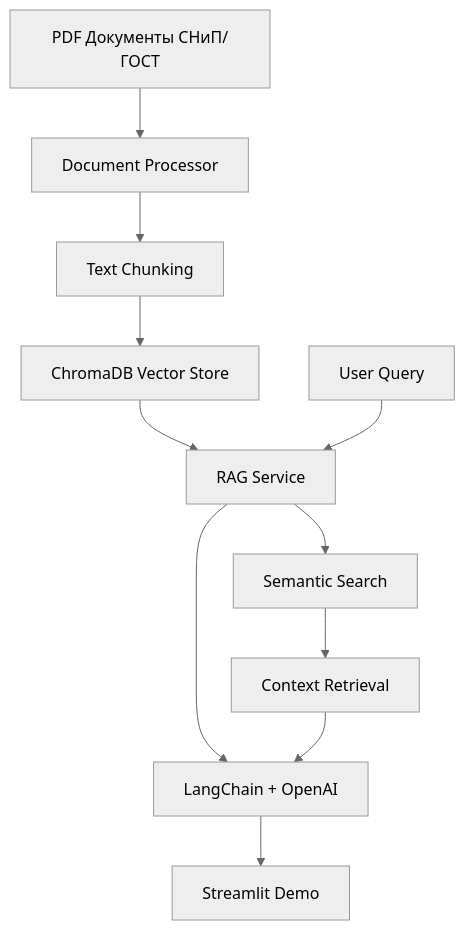
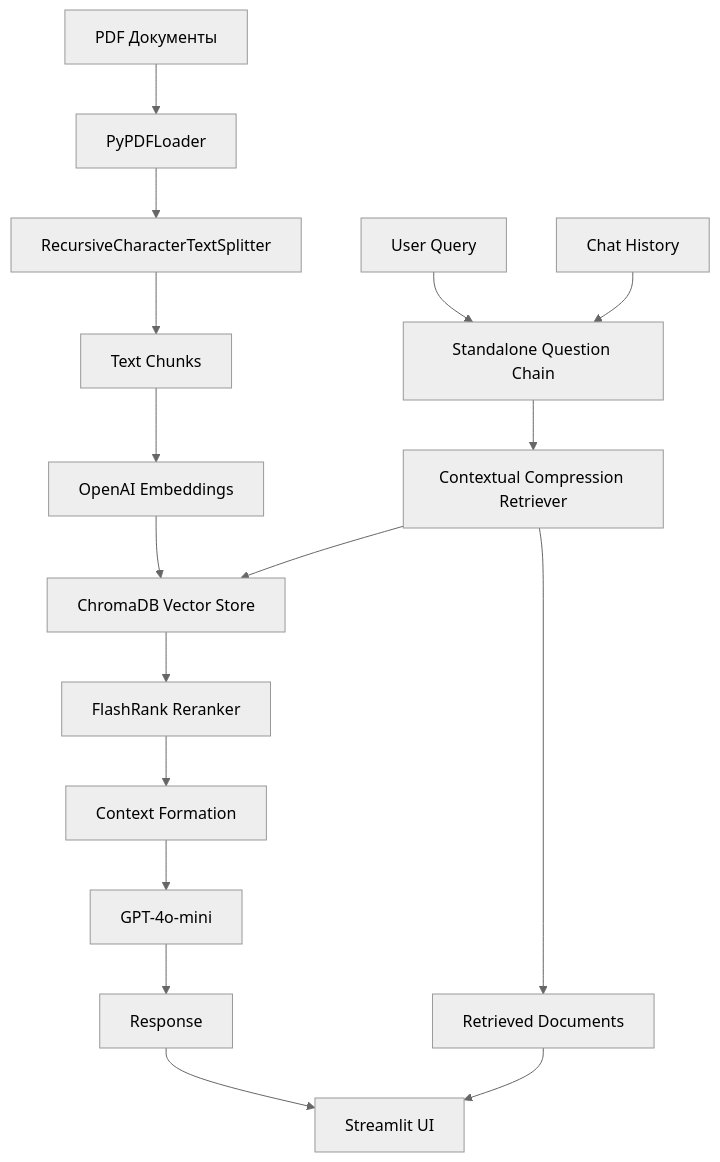
The diagram in README.md (spqr-86/safety-incident-analyzer), drawn with Mermaid (neutral theme) before and after one commit. The commit also changed other lines of this file, not shown here.

````diff
--- a/README.md
+++ b/README.md
@@ -57,14 +74,21 @@
 ```mermaid
 graph TB
-    A[PDF Документы СНиП/ГОСТ] --> B[Document Processor]
-    B --> C[Text Chunking]
-    C --> D[ChromaDB Vector Store]
-    D --> E[RAG Service]
-    E --> F[LangChain + OpenAI]
-    F --> G[Streamlit Demo]
+    A[PDF Документы] --> B[PyPDFLoader]
+    B --> C[RecursiveCharacterTextSplitter]
+    C --> D[Text Chunks]
+    D --> E[OpenAI Embeddings]
+    E --> F[ChromaDB Vector Store]
     
-    H[User Query] --> E
-    E --> I[Semantic Search]
-    I --> J[Context Retrieval]
-    J --> F
+    G[User Query] --> H[Standalone Question Chain]
+    H --> I[Contextual Compression Retriever]
+    I --> F
+    F --> J[FlashRank Reranker]
+    J --> K[Context Formation]
+    K --> L[GPT-4o-mini]
+    L --> M[Response]
+    
+    N[Chat History] --> H
+    I --> O[Retrieved Documents]
+    O --> P[Streamlit UI]
+    M --> P
 ```
````
